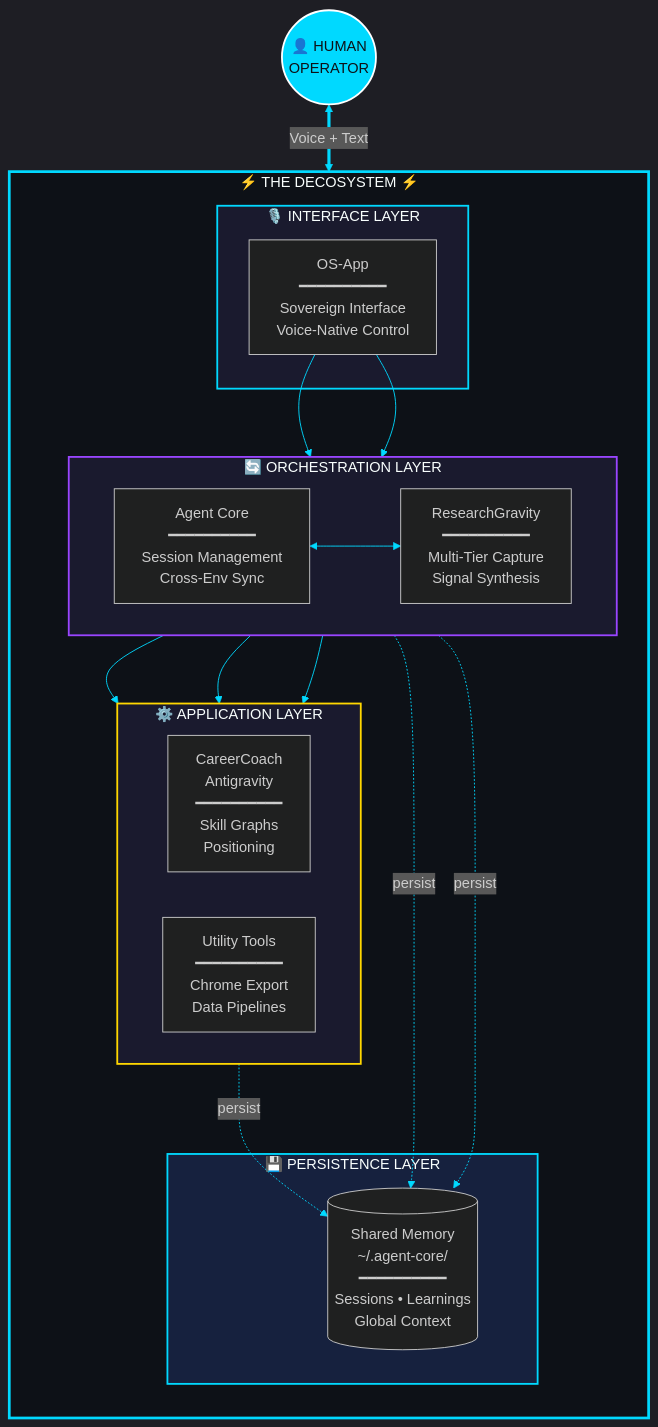
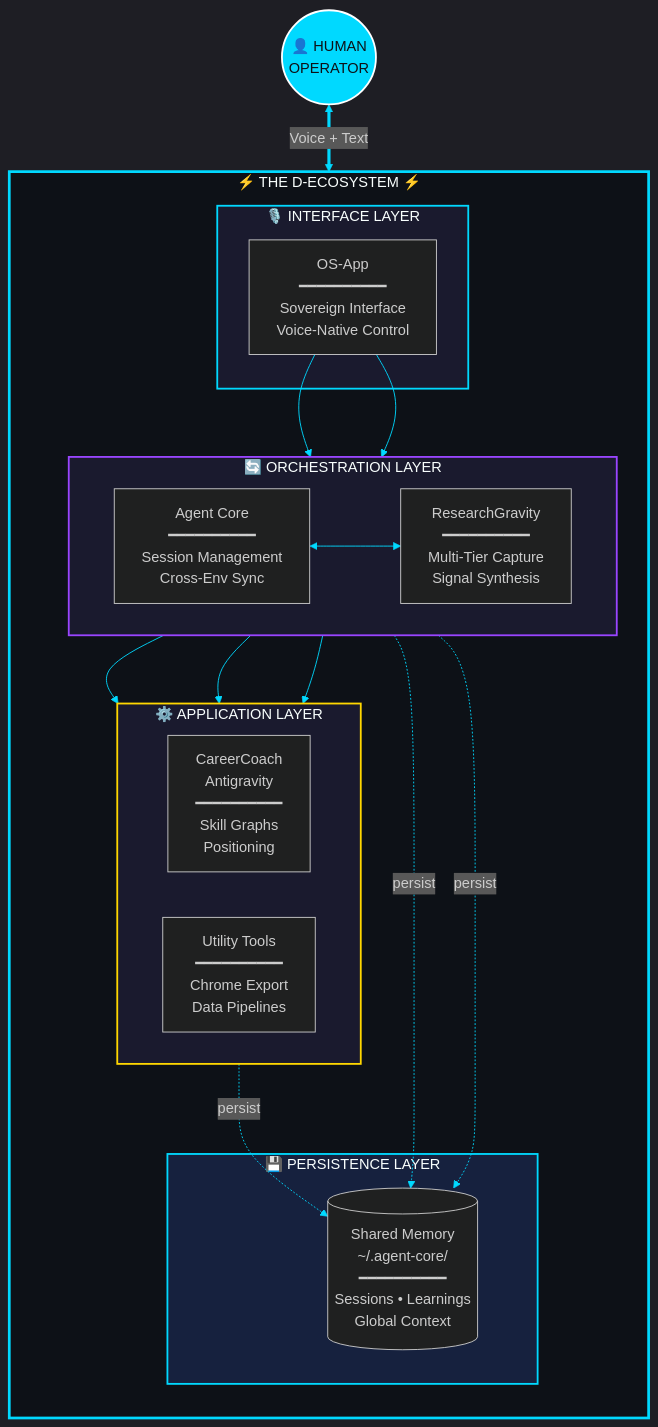
Before and after one commit to Dicoangelo/The-Decosystem: the diagram in README.md, drawn with Mermaid. The commit also changed other lines of this file, not shown here.

Commit message:
Rebrand to The D-Ecosystem

````diff
--- a/README.md
+++ b/README.md
@@ -55,47 +55,47 @@
 ```mermaid
 %%{init: {'theme': 'dark', 'themeVariables': { 'primaryColor': '#00d9ff', 'primaryTextColor': '#fff', 'primaryBorderColor': '#00d9ff', 'lineColor': '#00d9ff', 'secondaryColor': '#1a1a2e', 'tertiaryColor': '#0d1117', 'clusterBkg': '#0d1117', 'clusterBorder': '#00d9ff'}}}%%
 flowchart TB
-    subgraph DECOSYSTEM["⚡ THE DECOSYSTEM ⚡"]
+    subgraph DECOSYSTEM["⚡ THE D-ECOSYSTEM ⚡"]
         direction TB
 
         subgraph INTERFACE["🎙️ INTERFACE LAYER"]
             OS["OS-App\n━━━━━━━━━━\nSovereign Interface\nVoice-Native Control"]
         end
 
         subgraph ORCHESTRATION["🔄 ORCHESTRATION LAYER"]
             direction LR
             AGENT["Agent Core\n━━━━━━━━━━\nSession Management\nCross-Env Sync"]
             RESEARCH["ResearchGravity\n━━━━━━━━━━\nMulti-Tier Capture\nSignal Synthesis"]
         end
 
         subgraph APPLICATION["⚙️ APPLICATION LAYER"]
             direction LR
             CAREER["CareerCoach\nAntigravity\n━━━━━━━━━━\nSkill Graphs\nPositioning"]
             TOOLS["Utility Tools\n━━━━━━━━━━\nChrome Export\nData Pipelines"]
         end
 
         subgraph PERSISTENCE["💾 PERSISTENCE LAYER"]
             MEMORY[("Shared Memory\n~/.agent-core/\n━━━━━━━━━━\nSessions • Learnings\nGlobal Context")]
         end
     end
 
     HUMAN(("👤 HUMAN\nOPERATOR"))
 
     HUMAN <==>|"Voice + Text"| OS
     OS --> AGENT
     OS --> RESEARCH
     AGENT <--> RESEARCH
     AGENT --> CAREER
     AGENT --> TOOLS
     RESEARCH --> CAREER
     AGENT -.->|"persist"| MEMORY
     RESEARCH -.->|"persist"| MEMORY
     CAREER -.->|"persist"| MEMORY
 
     style DECOSYSTEM fill:#0d1117,stroke:#00d9ff,stroke-width:3px
     style INTERFACE fill:#1a1a2e,stroke:#00d9ff,stroke-width:2px
     style ORCHESTRATION fill:#1a1a2e,stroke:#9945ff,stroke-width:2px
     style APPLICATION fill:#1a1a2e,stroke:#ffd700,stroke-width:2px
     style PERSISTENCE fill:#16213e,stroke:#00d9ff,stroke-width:2px
     style HUMAN fill:#00d9ff,stroke:#fff,stroke-width:2px,color:#0d1117
 ```
````
